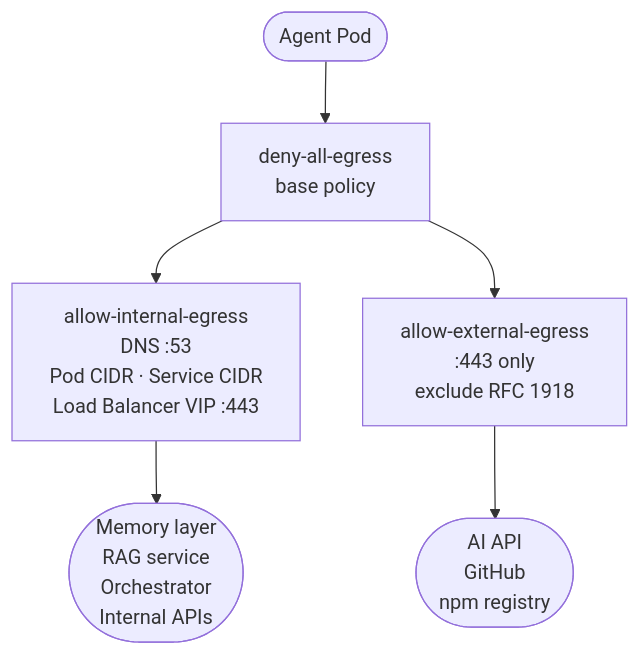
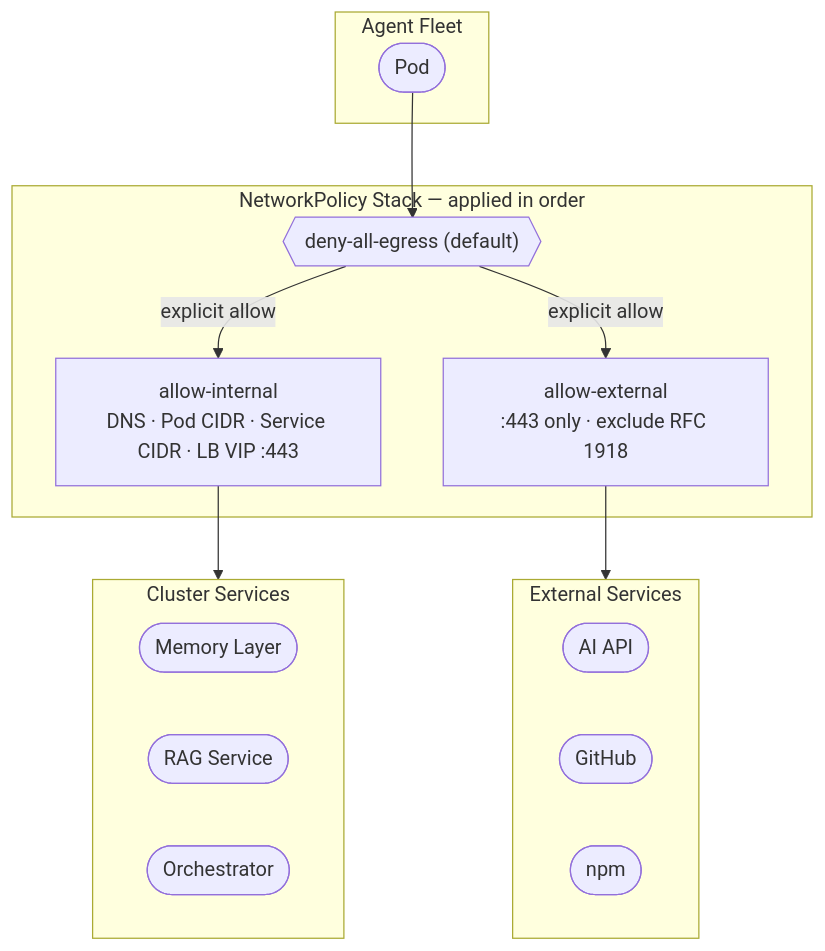
One commit to CyberdaemonAI/cyberdaemon-site changed the diagram in src/content/build-logs/agent-fleet-security-hardening.mdx. Above: the diagram before and after it, drawn with Mermaid. The commit also changed 23 other files, not shown here.

First line of the commit message:
style(diagrams): retrofit all mermaid diagrams to flowchart syntax site-wide

````diff
--- a/src/content/build-logs/agent-fleet-security-hardening.mdx
+++ b/src/content/build-logs/agent-fleet-security-hardening.mdx
@@ -47,8 +47,30 @@
 ```mermaid
 flowchart TD
-    Pod([Agent Pod]) --> D[deny-all-egress\nbase policy]
-    D --> A1[allow-internal-egress\nDNS :53\nPod CIDR · Service CIDR\nLoad Balancer VIP :443]
-    D --> A2[allow-external-egress\n:443 only\nexclude RFC 1918]
-    A1 --> Internal([Memory layer\nRAG service\nOrchestrator\nInternal APIs])
-    A2 --> External([AI API\nGitHub\nnpm registry])
+    subgraph fleet["Agent Fleet"]
+        Pod([Pod])
+    end
+
+    subgraph policies["NetworkPolicy Stack — applied in order"]
+        D{{"deny-all-egress (default)"}}
+        I["allow-internal\nDNS · Pod CIDR · Service CIDR · LB VIP :443"]
+        E["allow-external\n:443 only · exclude RFC 1918"]
+    end
+
+    subgraph cluster["Cluster Services"]
+        mem([Memory Layer])
+        rag([RAG Service])
+        orch([Orchestrator])
+    end
+
+    subgraph internet["External Services"]
+        ai([AI API])
+        gh([GitHub])
+        npm([npm])
+    end
+
+    Pod --> D
+    D -->|"explicit allow"| I
+    D -->|"explicit allow"| E
+    I --> cluster
+    E --> internet
 ```
````
